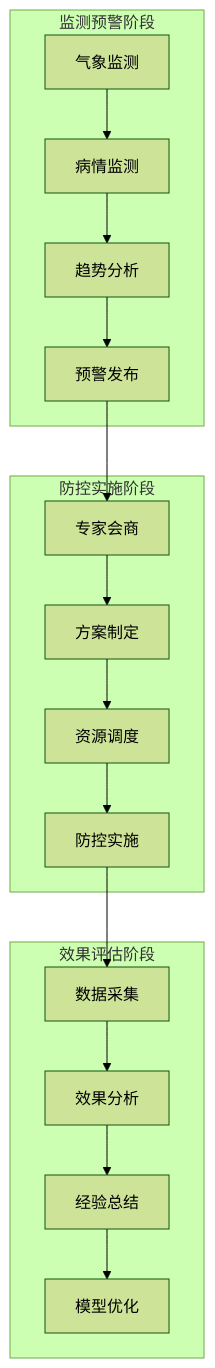
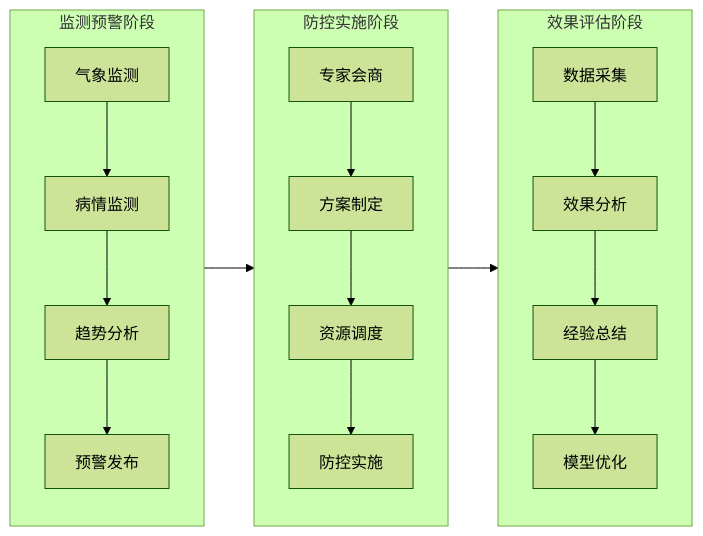
The first of 4 diagrams in docs/overview/current-system.md (ericapaeus/awesome-requirements), drawn with Mermaid (forest theme) before and after one commit. The commit also changed other lines of this file and 88 other files, not shown here.

````diff
--- a/docs/overview/current-system.md
+++ b/docs/overview/current-system.md
@@ -59,23 +59,26 @@
 ```mermaid
-graph TB
-    subgraph 监测预警阶段
-    A1[气象监测] --> A2[病情监测]
-    A2 --> A3[趋势分析]
-    A3 --> A4[预警发布]
+flowchart LR
+    subgraph G1 [监测预警阶段]
+        direction TB
+        A1[气象监测] --> A2[病情监测]
+        A2 --> A3[趋势分析]
+        A3 --> A4[预警发布]
     end
 
-    subgraph 防控实施阶段
-    B1[专家会商] --> B2[方案制定]
-    B2 --> B3[资源调度]
-    B3 --> B4[防控实施]
+    subgraph G2 [防控实施阶段]
+        direction TB
+        B1[专家会商] --> B2[方案制定]
+        B2 --> B3[资源调度]
+        B3 --> B4[防控实施]
     end
 
-    subgraph 效果评估阶段
-    C1[数据采集] --> C2[效果分析]
-    C2 --> C3[经验总结]
-    C3 --> C4[模型优化]
+    subgraph G3 [效果评估阶段]
+        direction TB
+        C1[数据采集] --> C2[效果分析]
+        C2 --> C3[经验总结]
+        C3 --> C4[模型优化]
     end
 
-    A4 --> B1
-    B4 --> C1
+    G1 --> G2
+    G2 --> G3
 ```
````
